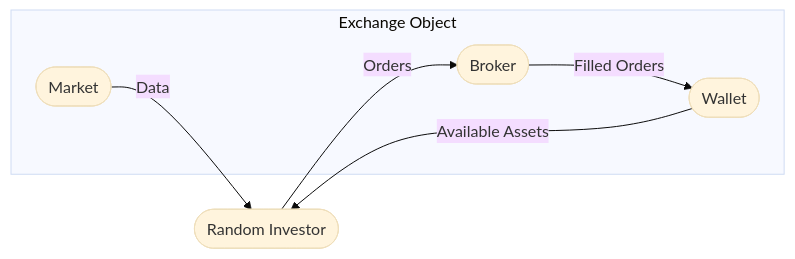
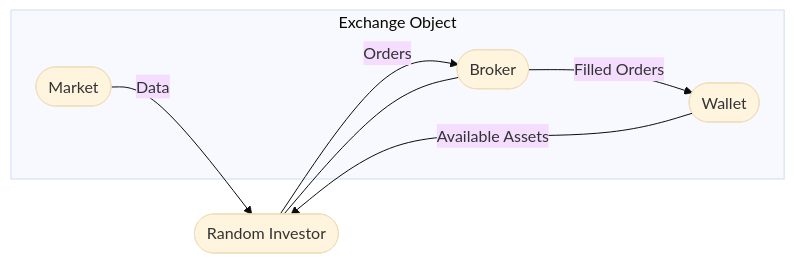
The second of 2 diagrams in README.md (magi-1/lattice), drawn with Mermaid (base theme) before and after one commit.

`````diff
--- a/README.md
+++ b/README.md
@@ -34,17 +34,18 @@
 ```mermaid
 
 flowchart LR
 
     id1([Random Investor])
 
     subgraph Exchange Object
     id2([Broker])
     id3([Wallet])
     id4([Market])
     end
 
     id1-->|Orders| id2
     id3-->|Available Assets| id1
     id4-->|Data| id1
     id2-->|Filled Orders| id3
+    id2---id1
 ````
`````
